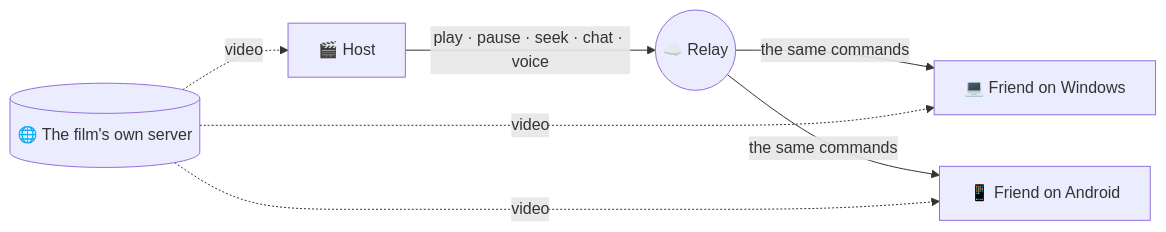
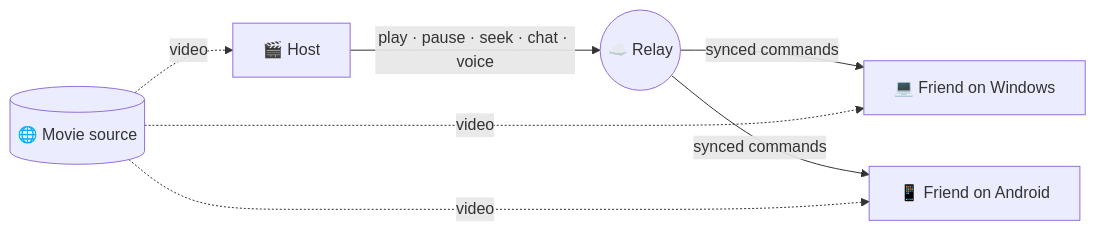
The diagram in README.md (Pytholearn/UsPlayer), drawn with Mermaid before and after one commit. The commit also changed other lines of this file and 3 other files, not shown here.

````diff
--- a/README.md
+++ b/README.md
@@ -132,10 +157,10 @@
 ```mermaid
 flowchart LR
     H["🎬 Host"] -->|"play · pause · seek · chat · voice"| R(("☁️ Relay"))
-    R -->|"the same commands"| F1["💻 Friend on Windows"]
-    R -->|"the same commands"| F2["📱 Friend on Android"]
-    S[("🌐 The film's own server")]
+    R -->|"synced commands"| F1["💻 Friend on Windows"]
+    R -->|"synced commands"| F2["📱 Friend on Android"]
+    S[("🌐 Movie source")]
     S -.->|"video"| H
     S -.->|"video"| F1
     S -.->|"video"| F2
 ```
````
